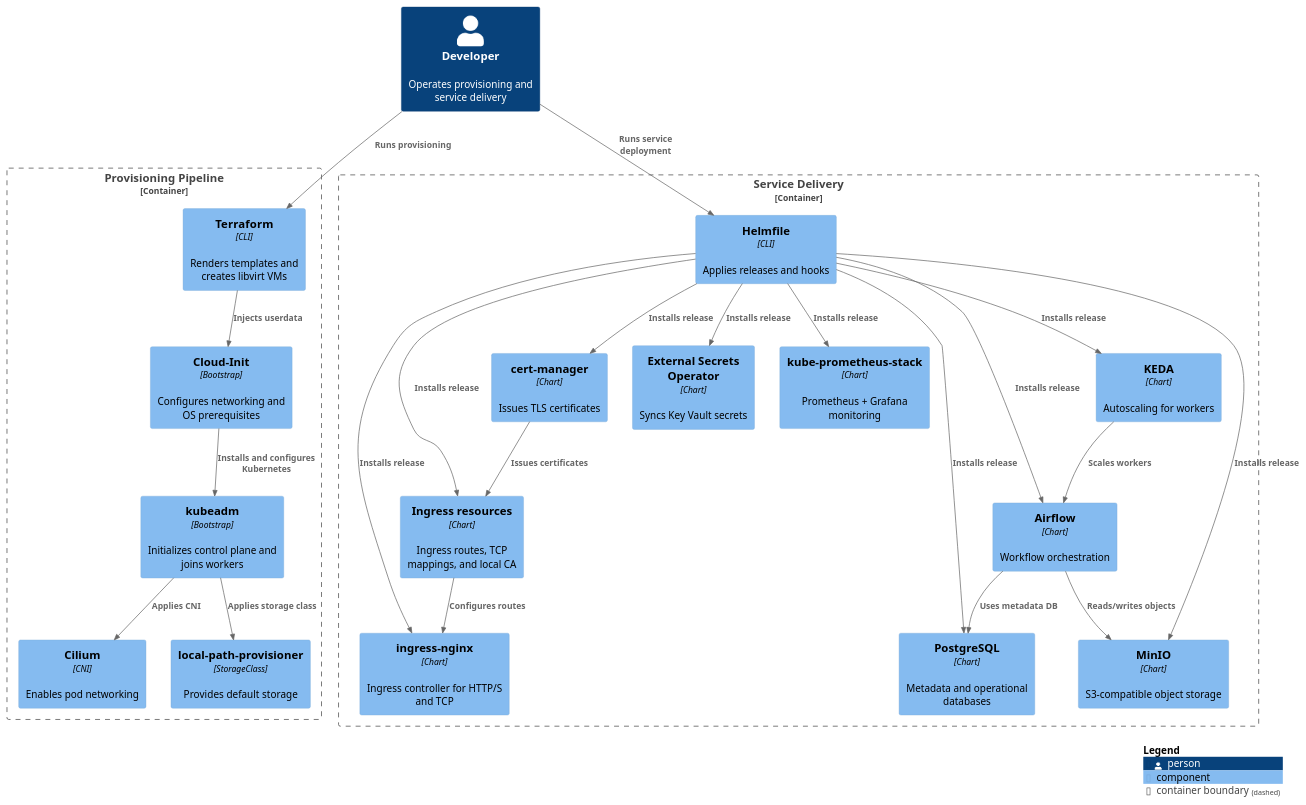
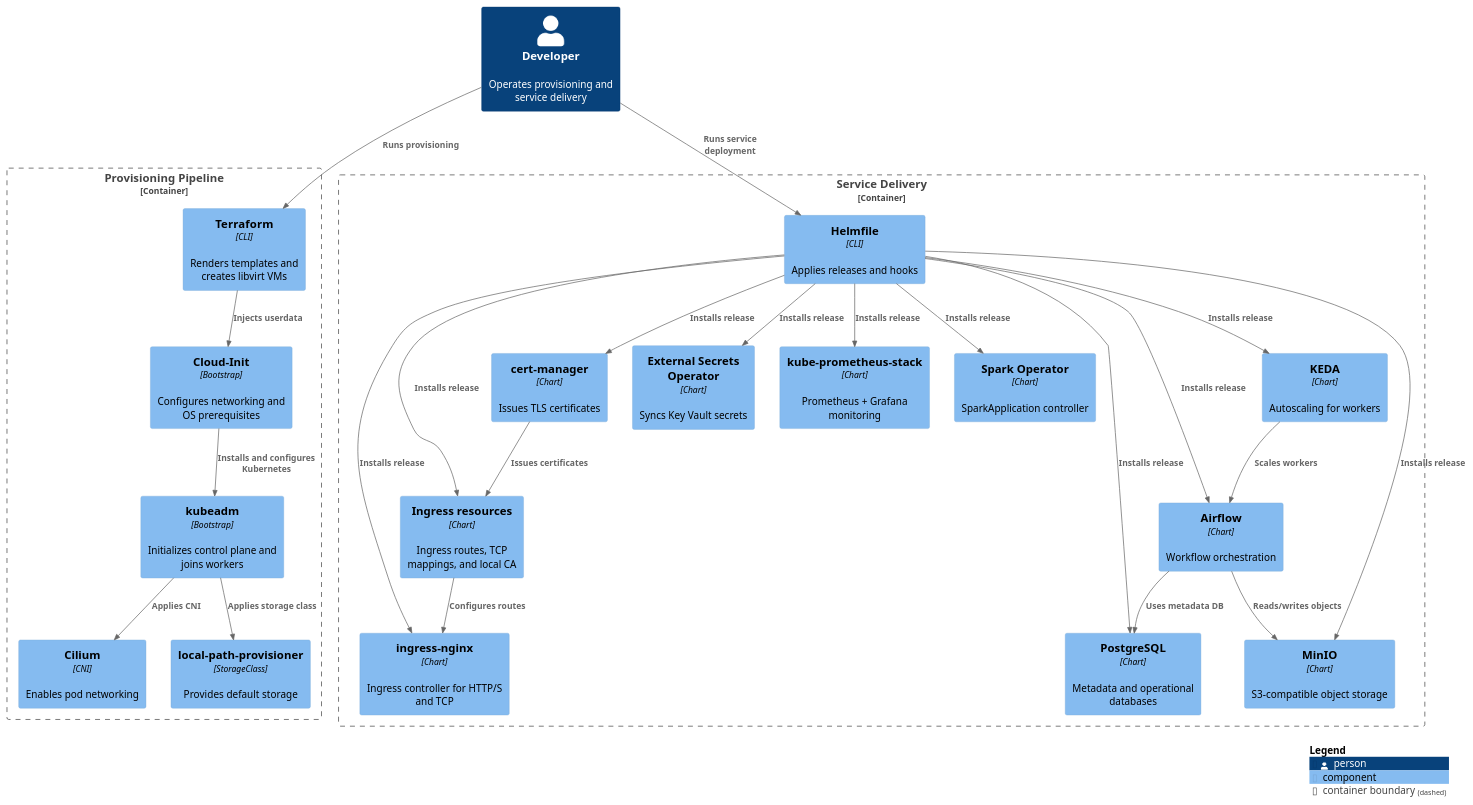
One commit to AntonMiniazev/bohr_project changed the diagram in docs/diagrams/workflow.puml. Above: the diagram before and after it, drawn with PlantUML. The commit also changed 13 other files, not shown here.

```diff
--- a/docs/diagrams/workflow.puml
+++ b/docs/diagrams/workflow.puml
@@ -1,51 +1,53 @@
 @startuml Workflow
 !includeurl https://raw.githubusercontent.com/plantuml-stdlib/C4-PlantUML/master/C4_Component.puml
 LAYOUT_WITH_LEGEND()
 HIDE_STEREOTYPE()
 
 Person(dev, "Developer", "Operates provisioning and service delivery")
 
 Container_Boundary(provisioning, "Provisioning Pipeline") {
     Component(terraform, "Terraform", "CLI", "Renders templates and creates libvirt VMs")
     Component(cloudinit, "Cloud-Init", "Bootstrap", "Configures networking and OS prerequisites")
     Component(kubeadm, "kubeadm", "Bootstrap", "Initializes control plane and joins workers")
     Component(cilium, "Cilium", "CNI", "Enables pod networking")
     Component(localpath, "local-path-provisioner", "StorageClass", "Provides default storage")
 }
 
 Container_Boundary(services, "Service Delivery") {
     Component(helmfile, "Helmfile", "CLI", "Applies releases and hooks")
     Component(certmanager, "cert-manager", "Chart", "Issues TLS certificates")
     Component(ingress, "ingress-nginx", "Chart", "Ingress controller for HTTP/S and TCP")
     Component(ingressResources, "Ingress resources", "Chart", "Ingress routes, TCP mappings, and local CA")
     Component(externalSecrets, "External Secrets Operator", "Chart", "Syncs Key Vault secrets")
     Component(monitoring, "kube-prometheus-stack", "Chart", "Prometheus + Grafana monitoring")
+    Component(sparkOperator, "Spark Operator", "Chart", "SparkApplication controller")
     Component(postgres, "PostgreSQL", "Chart", "Metadata and operational databases")
     Component(minio, "MinIO", "Chart", "S3-compatible object storage")
     Component(airflow, "Airflow", "Chart", "Workflow orchestration")
     Component(keda, "KEDA", "Chart", "Autoscaling for workers")
 }
 
 Rel(dev, terraform, "Runs provisioning")
 Rel(terraform, cloudinit, "Injects userdata")
 Rel(cloudinit, kubeadm, "Installs and configures Kubernetes")
 Rel(kubeadm, cilium, "Applies CNI")
 Rel(kubeadm, localpath, "Applies storage class")
 Rel(dev, helmfile, "Runs service deployment")
 Rel(helmfile, certmanager, "Installs release")
 Rel(helmfile, ingress, "Installs release")
 Rel(helmfile, ingressResources, "Installs release")
 Rel(helmfile, externalSecrets, "Installs release")
 Rel(helmfile, monitoring, "Installs release")
+Rel(helmfile, sparkOperator, "Installs release")
 Rel(helmfile, postgres, "Installs release")
 Rel(helmfile, minio, "Installs release")
 Rel(helmfile, keda, "Installs release")
 Rel(helmfile, airflow, "Installs release")
 Rel(certmanager, ingressResources, "Issues certificates")
 Rel(ingressResources, ingress, "Configures routes")
 Rel(airflow, postgres, "Uses metadata DB")
 Rel(airflow, minio, "Reads/writes objects")
 Rel(keda, airflow, "Scales workers")
 
 SHOW_LEGEND()
 @enduml
```
